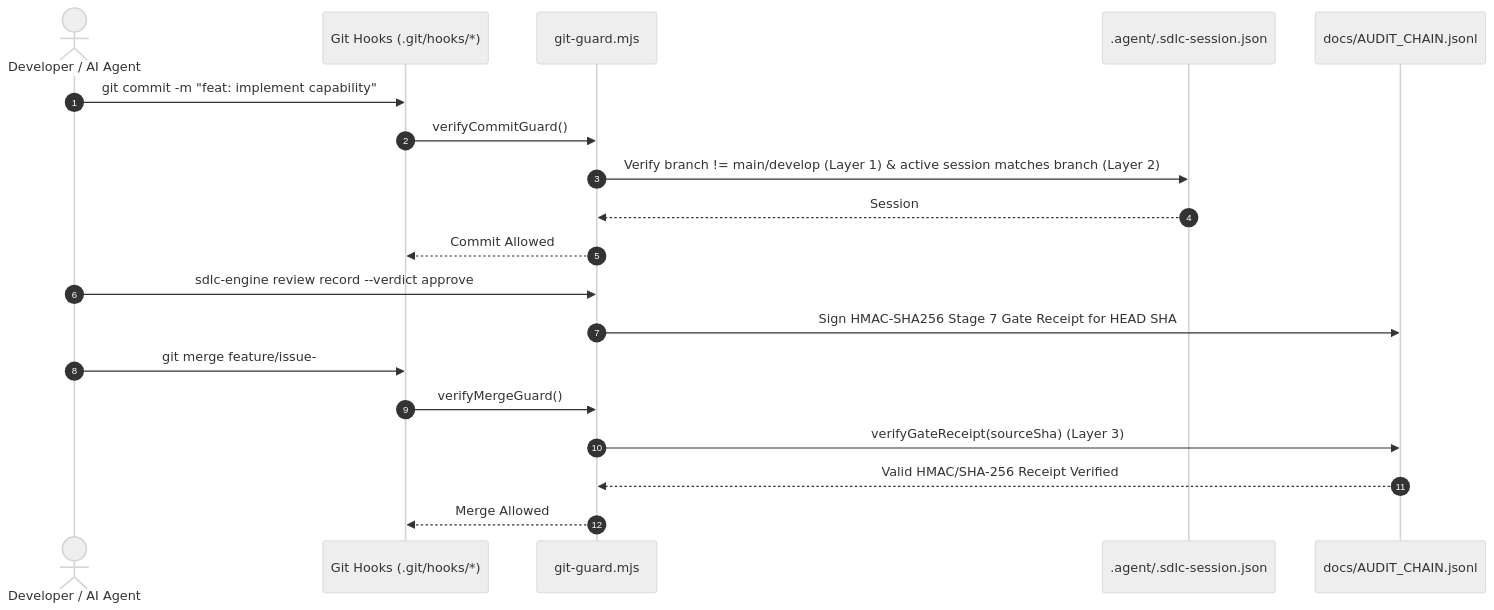
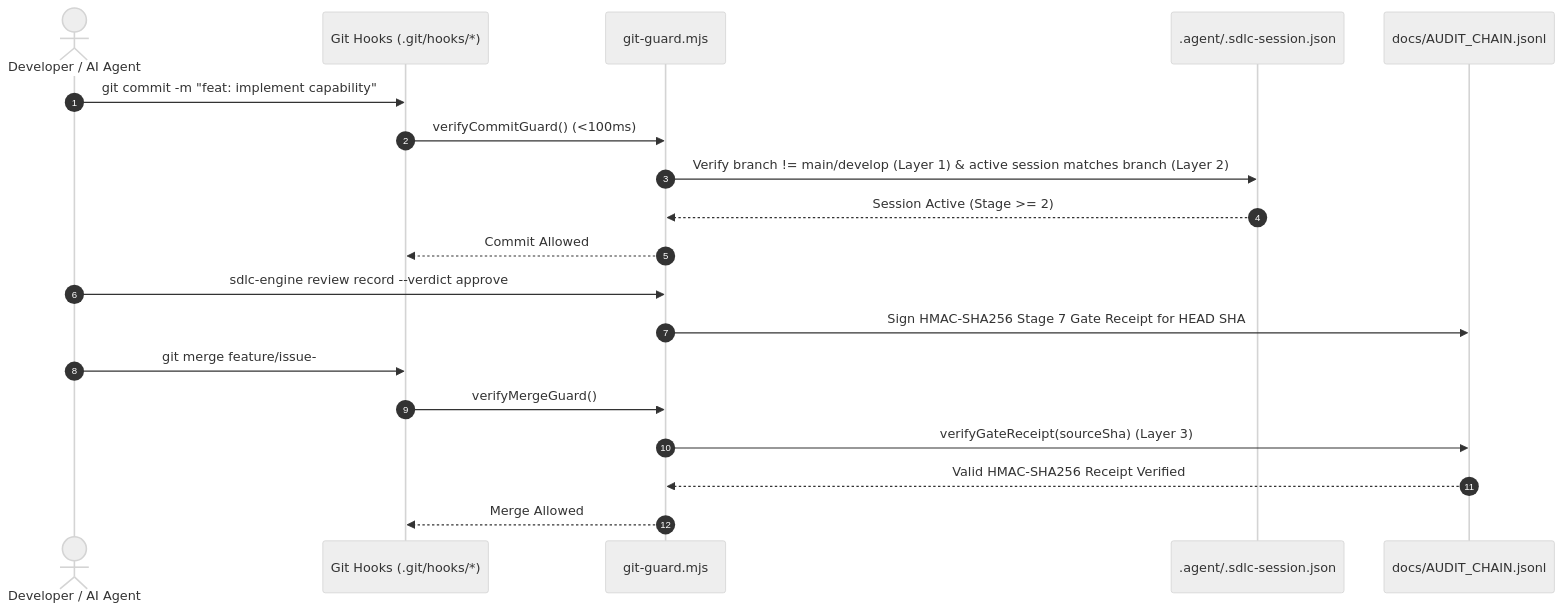
One commit to fmatar/sealit changed the second of 2 diagrams in wiki/Architecture.md. Above: the diagram before and after it, drawn with Mermaid (neutral theme). The commit also changed other lines of this file and 21 other files, not shown here.

Commit message:
docs(#114): upgrade README, wiki, PRD & SRS with v0.4.0 architecture and Archlens links

````diff
--- a/wiki/Architecture.md
+++ b/wiki/Architecture.md
@@ -83,24 +101,24 @@
 ```mermaid
 sequenceDiagram
     autonumber
     actor Dev as Developer / AI Agent
     participant Git as Git Hooks (.git/hooks/*)
     participant Guard as git-guard.mjs
     participant Session as .agent/.sdlc-session.json
     participant Ledger as docs/AUDIT_CHAIN.jsonl
 
     Dev->>Git: git commit -m "feat: implement capability"
-    Git->>Guard: verifyCommitGuard()
+    Git->>Guard: verifyCommitGuard() (<100ms)
     Guard->>Session: Verify branch != main/develop (Layer 1) & active session matches branch (Layer 2)
-    Session-->>Guard: Session #90 Active (Stage >= 2)
+    Session-->>Guard: Session Active (Stage >= 2)
     Guard-->>Git: Commit Allowed
 
     Dev->>Guard: sdlc-engine review record --verdict approve
     Guard->>Ledger: Sign HMAC-SHA256 Stage 7 Gate Receipt for HEAD SHA
 
-    Dev->>Git: git merge feature/issue-#90 into main
+    Dev->>Git: git merge feature/issue-#ID into main
     Git->>Guard: verifyMergeGuard()
     Guard->>Ledger: verifyGateReceipt(sourceSha) (Layer 3)
-    Ledger-->>Guard: Valid HMAC/SHA-256 Receipt Verified
+    Ledger-->>Guard: Valid HMAC-SHA256 Receipt Verified
     Guard-->>Git: Merge Allowed
 ```
````
